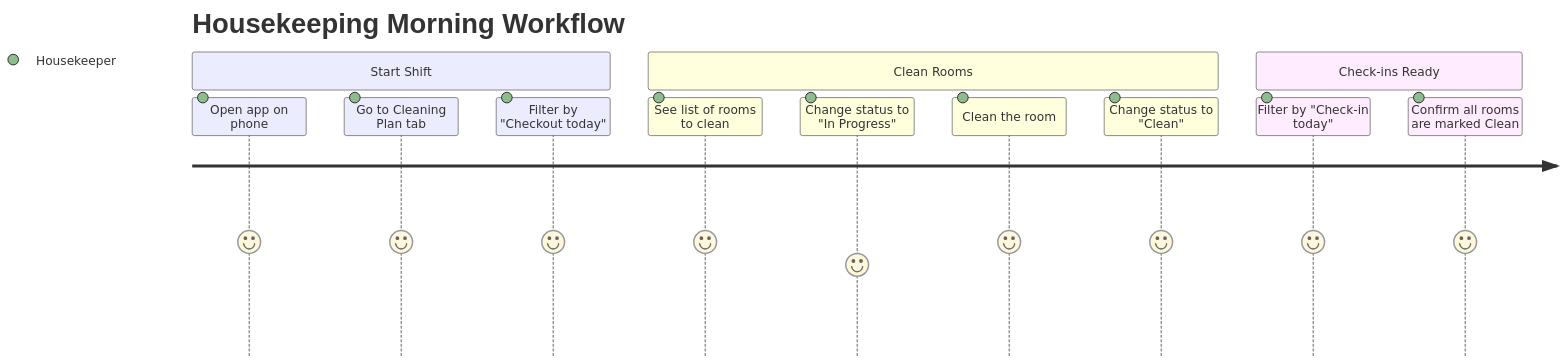
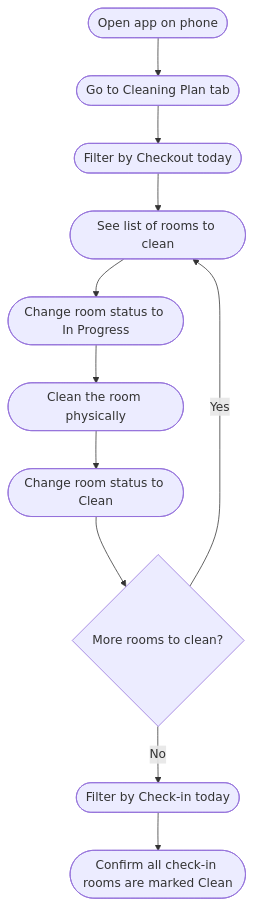
One commit to wongjinar-ai/expample changed diagram 11 of 13 in PLANNING.md. Above: the diagram before and after it, drawn with Mermaid. The commit also changed other lines of this file, not shown here.

Commit message:
Fix Mermaid diagram syntax for broad renderer compatibility

````diff
--- a/PLANNING.md
+++ b/PLANNING.md
@@ -445,16 +415,13 @@
 ```mermaid
-journey
-    title Housekeeping Morning Workflow
-    section Start Shift
-      Open app on phone: 5: Housekeeper
-      Go to Cleaning Plan tab: 5: Housekeeper
-      Filter by "Checkout today": 5: Housekeeper
-    section Clean Rooms
-      See list of rooms to clean: 5: Housekeeper
-      Change status to "In Progress": 4: Housekeeper
-      Clean the room: 5: Housekeeper
-      Change status to "Clean": 5: Housekeeper
-    section Check-ins Ready
-      Filter by "Check-in today": 5: Housekeeper
-      Confirm all rooms are marked Clean: 5: Housekeeper
+flowchart TD
+    A([Open app on phone]) --> B([Go to Cleaning Plan tab])
+    B --> C([Filter by Checkout today])
+    C --> D([See list of rooms to clean])
+    D --> E([Change room status to In Progress])
+    E --> F([Clean the room physically])
+    F --> G([Change room status to Clean])
+    G --> H{More rooms to clean?}
+    H -->|Yes| D
+    H -->|No| I([Filter by Check-in today])
+    I --> J([Confirm all check-in rooms are marked Clean])
 ```
````
